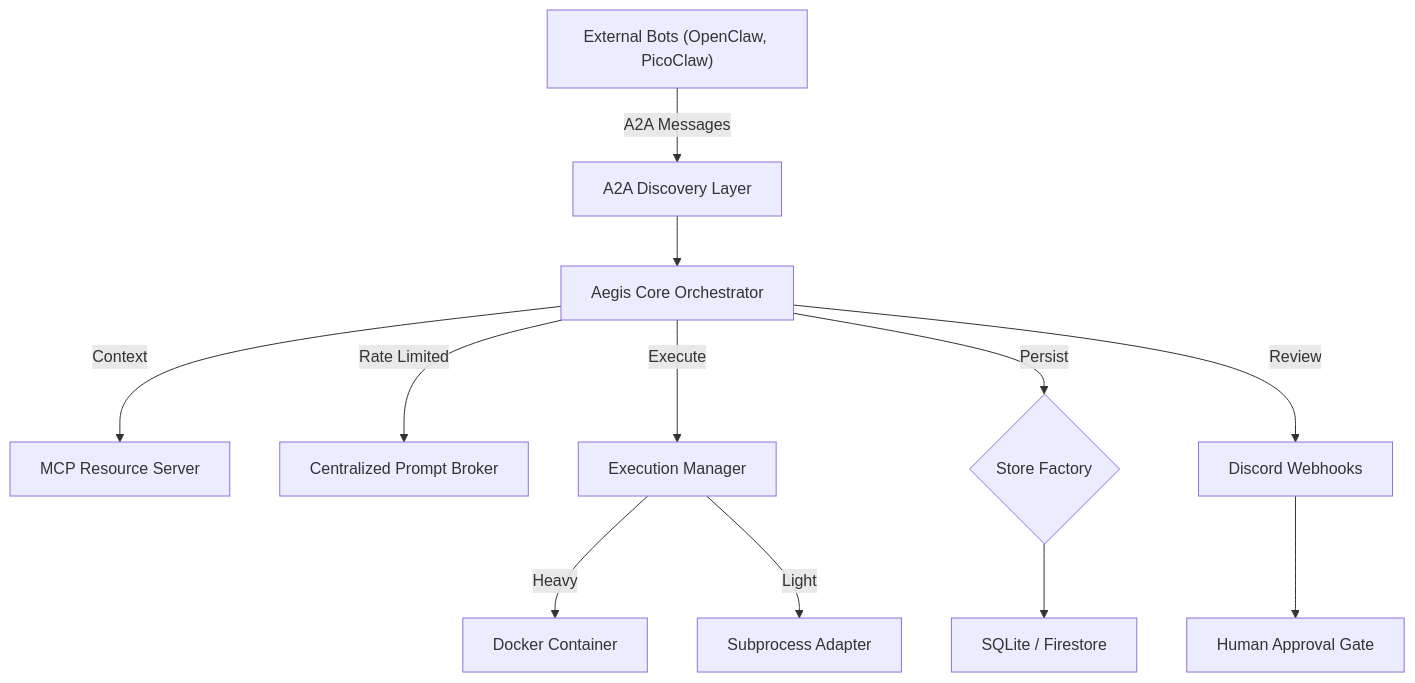
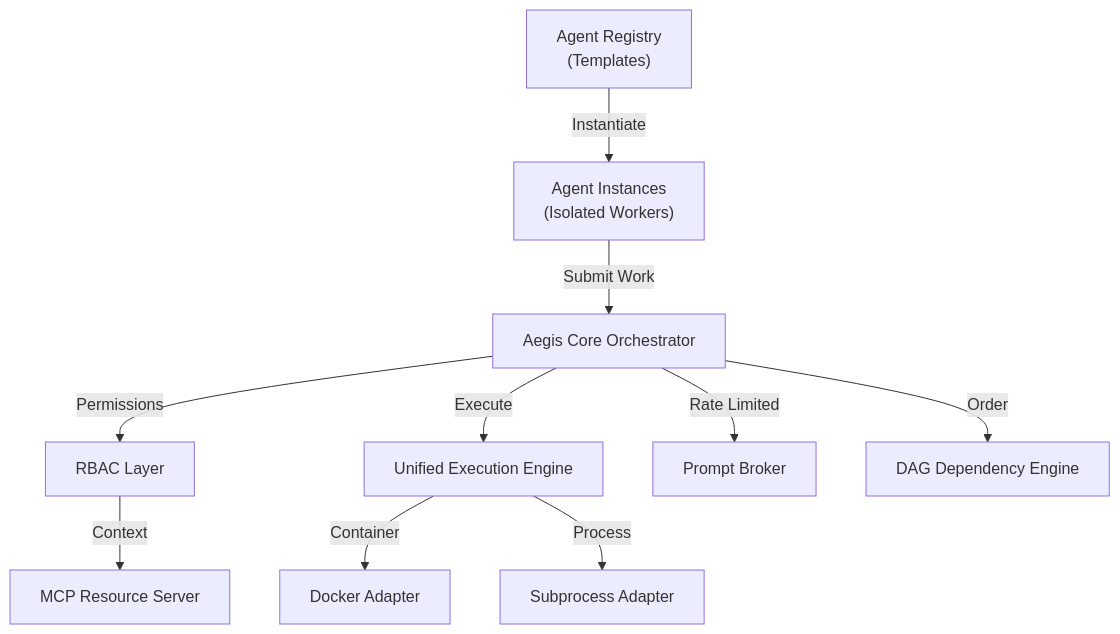
One commit to TheSandemon/Aegis changed the diagram in README.md. Above: the diagram before and after it, drawn with Mermaid. The commit also changed other lines of this file, not shown here.

Commit message:
docs: update README with architectural changes (DAGs, Factory, RBAC)

````diff
--- a/README.md
+++ b/README.md
@@ -20,14 +20,12 @@
 ```mermaid
 graph TD
-    A["External Bots (OpenClaw, PicoClaw)"] -->|A2A Messages| B["A2A Discovery Layer"]
-    B --> C["Aegis Core Orchestrator"]
-    C -->|Context| D["MCP Resource Server"]
-    C -->|Rate Limited| E["Centralized Prompt Broker"]
-    C -->|Execute| F["Execution Manager"]
-    F -->|Heavy| G["Docker Container"]
-    F -->|Light| H["Subprocess Adapter"]
-    C -->|Persist| I{"Store Factory"}
-    I --> J["SQLite / Firestore"]
-    C -->|Review| K["Discord Webhooks"]
-    K --> L["Human Approval Gate"]
+    A["Agent Registry<br/>(Templates)"] -->|Instantiate| B["Agent Instances<br/>(Isolated Workers)"]
+    B -->|Submit Work| C["Aegis Core Orchestrator"]
+    C -->|Permissions| D["RBAC Layer"]
+    D -->|Context| E["MCP Resource Server"]
+    C -->|Execute| F["Unified Execution Engine"]
+    F -->|Container| G["Docker Adapter"]
+    F -->|Process| H["Subprocess Adapter"]
+    C -->|Rate Limited| I["Prompt Broker"]
+    C -->|Order| J["DAG Dependency Engine"]
 ```
````
